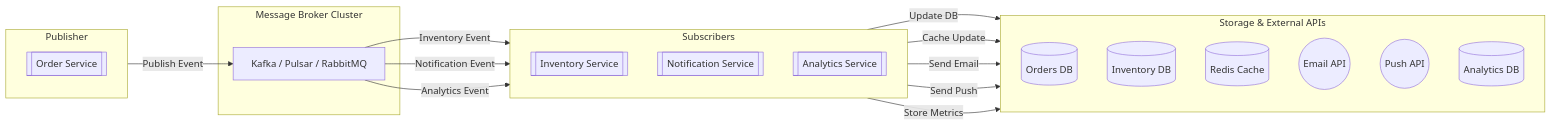
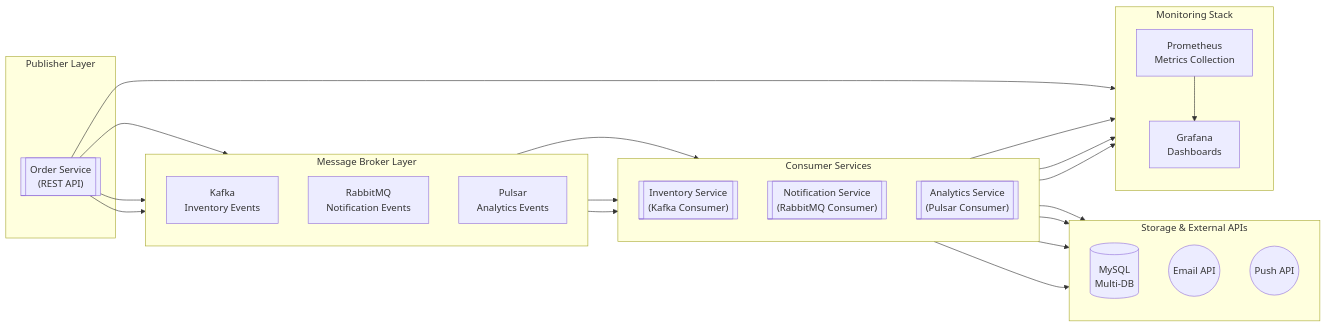
Before and after one commit to vanillacake369/message-bus-poc: the second of 2 diagrams in README.md, drawn with Mermaid. The commit also changed other lines of this file and 1 other file, not shown here.

````diff
--- a/README.md
+++ b/README.md
@@ -83,43 +135,58 @@
 ```mermaid
 flowchart LR
-  %% Publisher / Broker / Subscribers / Storage
-  subgraph Publisher["Publisher"]
-    direction TB
-    OrderSvc[["Order Service"]]
+  %% Publisher
+  subgraph Publisher["Publisher Layer"]
+    OrderSvc[["Order Service<br/>(REST API)"]]
   end
 
-  subgraph BrokerCluster["Message Broker Cluster"]
-    Broker[Kafka / Pulsar / RabbitMQ]
+  %% Message Brokers
+  subgraph BrokerLayer["Message Broker Layer"]
+    direction TB
+    Kafka[Kafka<br/>Inventory Events]
+    RabbitMQ[RabbitMQ<br/>Notification Events]
+    Pulsar[Pulsar<br/>Analytics Events]
   end
 
-  subgraph Subscribers["Subscribers"]
+  %% Consumers
+  subgraph Consumers["Consumer Services"]
     direction TB
-    InventorySvc[["Inventory Service"]]
-    NotificationSvc[["Notification Service"]]
-    AnalyticsSvc[["Analytics Service"]]
+    InventorySvc[["Inventory Service<br/>(Kafka Consumer)"]]
+    NotificationSvc[["Notification Service<br/>(RabbitMQ Consumer)"]]
+    AnalyticsSvc[["Analytics Service<br/>(Pulsar Consumer)"]]
   end
 
+  %% Storage & External
   subgraph Storage["Storage & External APIs"]
     direction TB
-    OrderDB[(Orders DB)]
-    InvDB[(Inventory DB)]
-    Cache[(Redis Cache)]
+    MySQL[(MySQL<br/>Multi-DB)]
     EmailAPI(("Email API"))
     PushAPI(("Push API"))
-    AnalyticsDB[(Analytics DB)]
+  end
+
+  %% Monitoring
+  subgraph Monitoring["Monitoring Stack"]
+    direction TB
+    Prometheus[Prometheus<br/>Metrics Collection]
+    Grafana[Grafana<br/>Dashboards]
   end
 
   %% Connections
-  OrderSvc -- "Publish Event" --> Broker
+  OrderSvc --> Kafka
+  OrderSvc --> RabbitMQ
+  OrderSvc --> Pulsar
 
-  Broker -- "Inventory Event" --> InventorySvc
-  InventorySvc -- "Update DB" --> InvDB
-  InventorySvc -- "Cache Update" --> Cache
+  Kafka --> InventorySvc
+  RabbitMQ --> NotificationSvc
+  Pulsar --> AnalyticsSvc
 
-  Broker -- "Notification Event" --> NotificationSvc
-  NotificationSvc -- "Send Email" --> EmailAPI
-  NotificationSvc -- "Send Push" --> PushAPI
+  InventorySvc --> MySQL
+  NotificationSvc --> EmailAPI
+  NotificationSvc --> PushAPI
+  AnalyticsSvc --> MySQL
 
-  Broker -- "Analytics Event" --> AnalyticsSvc
-  AnalyticsSvc -- "Store Metrics" --> AnalyticsDB
+  InventorySvc --> Prometheus
+  NotificationSvc --> Prometheus
+  AnalyticsSvc --> Prometheus
+  OrderSvc --> Prometheus
+  Prometheus --> Grafana
 ```
````
